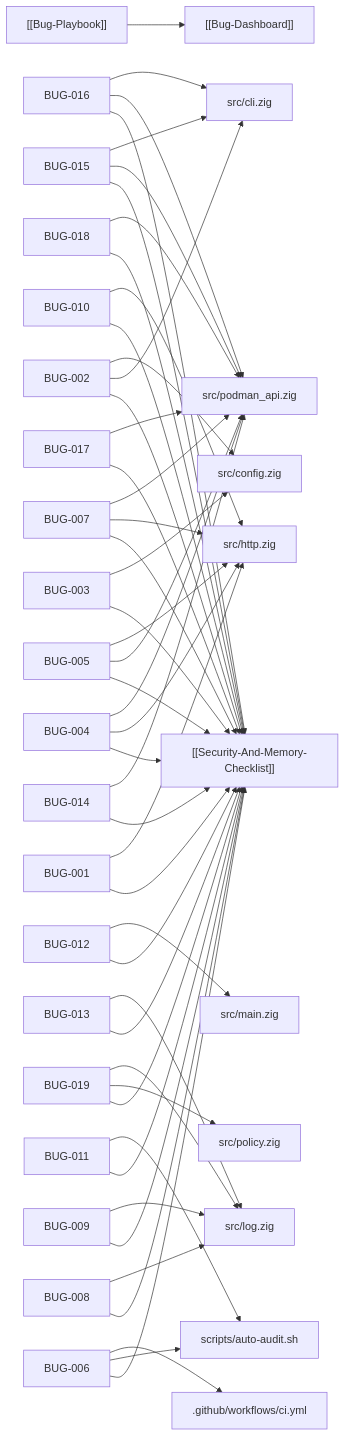
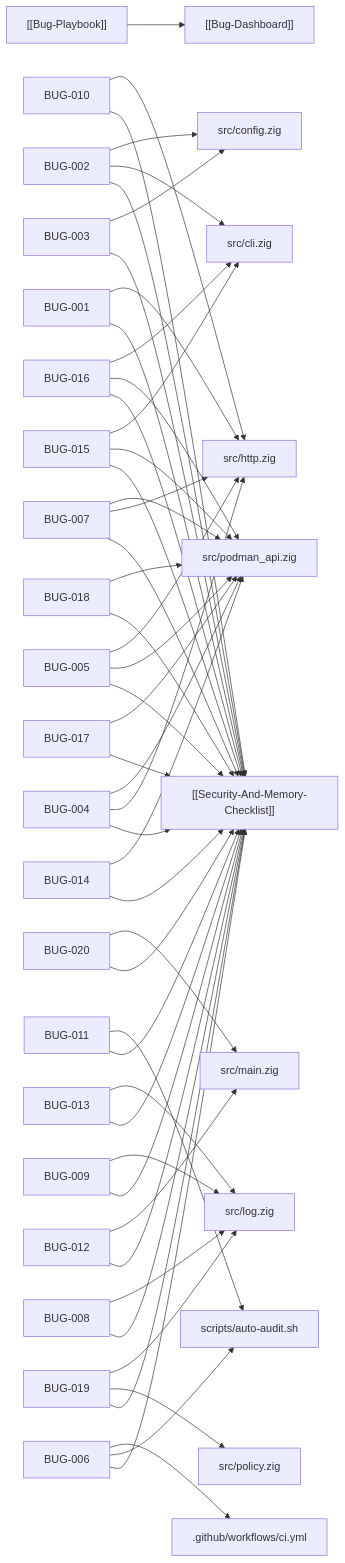
Before and after one commit to srayuth202510-byte/zigpodza: the diagram in docs/vault/Bug-Dashboard.md, drawn with Mermaid. The commit also changed other lines of this file and 9 other files, not shown here.

````diff
--- a/docs/vault/Bug-Dashboard.md
+++ b/docs/vault/Bug-Dashboard.md
@@ -29,50 +29,52 @@
 ```mermaid
 flowchart LR
     PLAYBOOK["[[Bug-Playbook]]"] --> DASH["[[Bug-Dashboard]]"]
     BUG001["BUG-001"] --> SEC["[[Security-And-Memory-Checklist]]"]
     BUG001 --> src_http_zig["src/http.zig"]
     BUG002["BUG-002"] --> SEC["[[Security-And-Memory-Checklist]]"]
     BUG002 --> src_cli_zig["src/cli.zig"]
     BUG002 --> src_config_zig["src/config.zig"]
     BUG003["BUG-003"] --> SEC["[[Security-And-Memory-Checklist]]"]
     BUG003 --> src_config_zig["src/config.zig"]
     BUG004["BUG-004"] --> SEC["[[Security-And-Memory-Checklist]]"]
     BUG004 --> src_http_zig["src/http.zig"]
     BUG004 --> src_podman_api_zig["src/podman_api.zig"]
     BUG005["BUG-005"] --> SEC["[[Security-And-Memory-Checklist]]"]
     BUG005 --> src_podman_api_zig["src/podman_api.zig"]
     BUG005 --> src_http_zig["src/http.zig"]
     BUG006["BUG-006"] --> SEC["[[Security-And-Memory-Checklist]]"]
     BUG006 --> scripts_auto_audit_sh["scripts/auto-audit.sh"]
     BUG006 --> _github_workflows_ci_yml[".github/workflows/ci.yml"]
     BUG007["BUG-007"] --> SEC["[[Security-And-Memory-Checklist]]"]
     BUG007 --> src_http_zig["src/http.zig"]
     BUG007 --> src_podman_api_zig["src/podman_api.zig"]
     BUG008["BUG-008"] --> SEC["[[Security-And-Memory-Checklist]]"]
     BUG008 --> src_log_zig["src/log.zig"]
     BUG009["BUG-009"] --> SEC["[[Security-And-Memory-Checklist]]"]
     BUG009 --> src_log_zig["src/log.zig"]
     BUG010["BUG-010"] --> SEC["[[Security-And-Memory-Checklist]]"]
     BUG010 --> src_http_zig["src/http.zig"]
     BUG011["BUG-011"] --> SEC["[[Security-And-Memory-Checklist]]"]
     BUG011 --> scripts_auto_audit_sh["scripts/auto-audit.sh"]
     BUG012["BUG-012"] --> SEC["[[Security-And-Memory-Checklist]]"]
     BUG012 --> src_main_zig["src/main.zig"]
     BUG013["BUG-013"] --> SEC["[[Security-And-Memory-Checklist]]"]
     BUG013 --> src_log_zig["src/log.zig"]
     BUG014["BUG-014"] --> SEC["[[Security-And-Memory-Checklist]]"]
     BUG014 --> src_podman_api_zig["src/podman_api.zig"]
     BUG015["BUG-015"] --> SEC["[[Security-And-Memory-Checklist]]"]
     BUG015 --> src_podman_api_zig["src/podman_api.zig"]
     BUG015 --> src_cli_zig["src/cli.zig"]
     BUG016["BUG-016"] --> SEC["[[Security-And-Memory-Checklist]]"]
     BUG016 --> src_podman_api_zig["src/podman_api.zig"]
     BUG016 --> src_cli_zig["src/cli.zig"]
     BUG017["BUG-017"] --> SEC["[[Security-And-Memory-Checklist]]"]
     BUG017 --> src_podman_api_zig["src/podman_api.zig"]
     BUG018["BUG-018"] --> SEC["[[Security-And-Memory-Checklist]]"]
     BUG018 --> src_podman_api_zig["src/podman_api.zig"]
     BUG019["BUG-019"] --> SEC["[[Security-And-Memory-Checklist]]"]
     BUG019 --> src_policy_zig["src/policy.zig"]
     BUG019 --> src_log_zig["src/log.zig"]
+    BUG020["BUG-020"] --> SEC["[[Security-And-Memory-Checklist]]"]
+    BUG020 --> src_main_zig["src/main.zig"]
 ```
````
